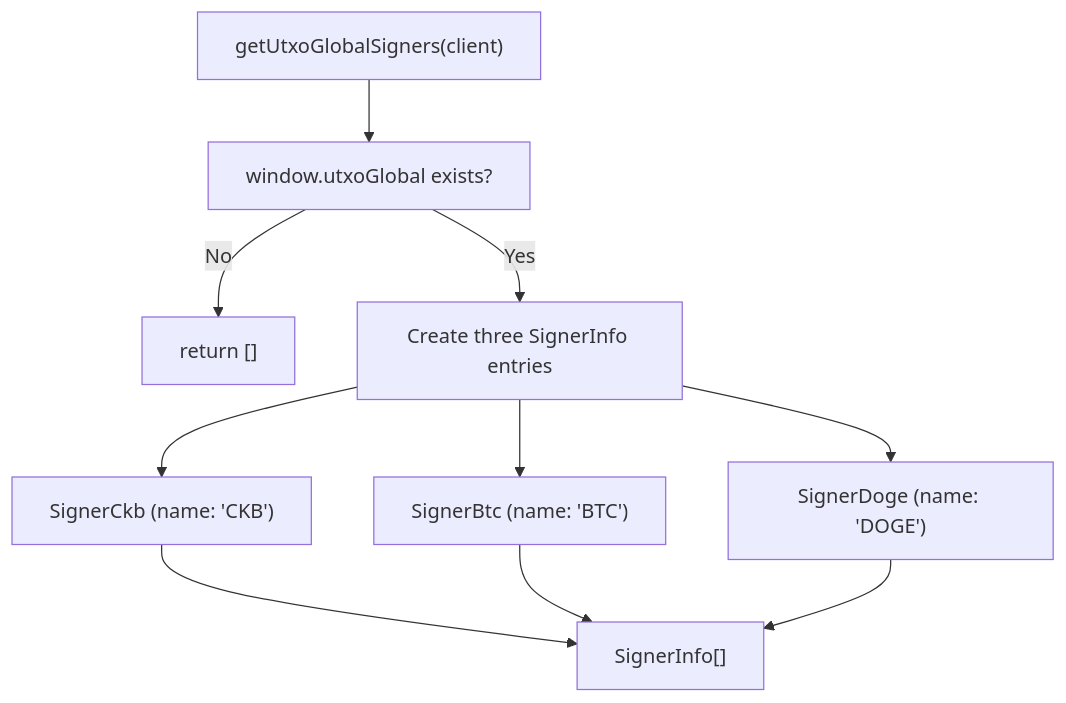
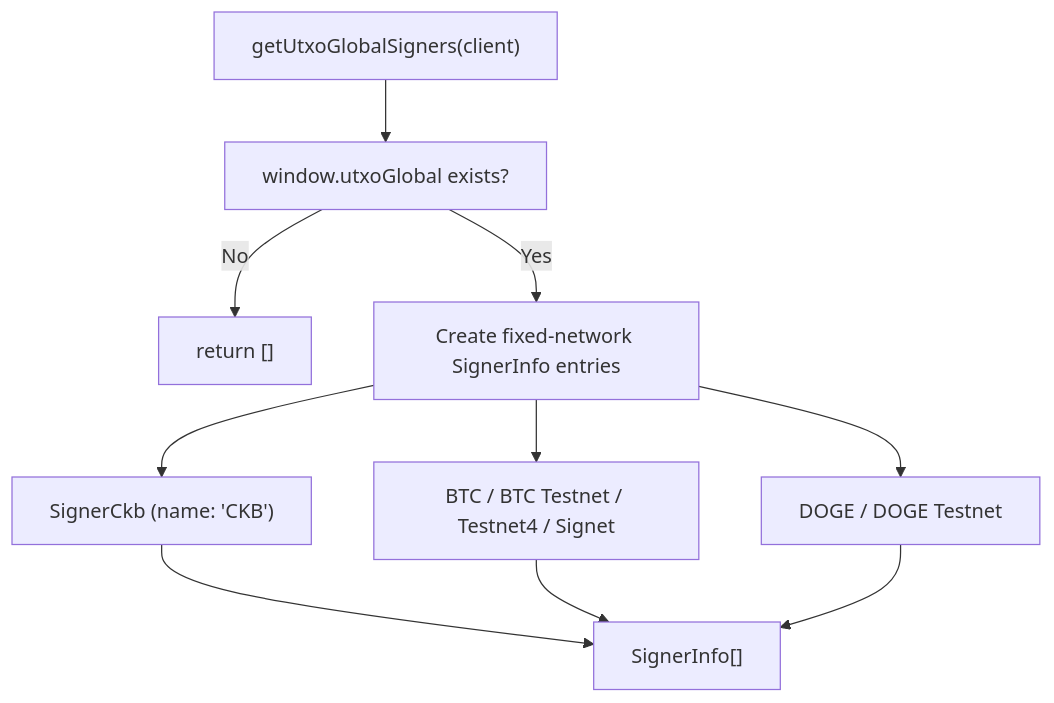
The second of 2 diagrams in packages/docs/content/docs/packages/wallet-integrations/utxo-global.mdx (ckb-devrel/ccc), drawn with Mermaid before and after one commit. The commit also changed other lines of this file and 18 other files, not shown here.

````diff
--- a/packages/docs/content/docs/packages/wallet-integrations/utxo-global.mdx
+++ b/packages/docs/content/docs/packages/wallet-integrations/utxo-global.mdx
@@ -84,14 +84,14 @@
 ```mermaid
 graph TD
     Start["getUtxoGlobalSigners(client)"] --> Check["window.utxoGlobal exists?"]
     Check -->|No| Empty["return []"]
-    Check -->|Yes| Create["Create three SignerInfo entries"]
+    Check -->|Yes| Create["Create fixed-network SignerInfo entries"]
 
     Create --> CKB["SignerCkb (name: 'CKB')"]
-    Create --> BTC["SignerBtc (name: 'BTC')"]
-    Create --> DOGE["SignerDoge (name: 'DOGE')"]
+    Create --> BTC["BTC / BTC Testnet / Testnet4 / Signet"]
+    Create --> DOGE["DOGE / DOGE Testnet"]
 
     CKB --> Array["SignerInfo[]"]
     BTC --> Array
     DOGE --> Array
 ```
````
